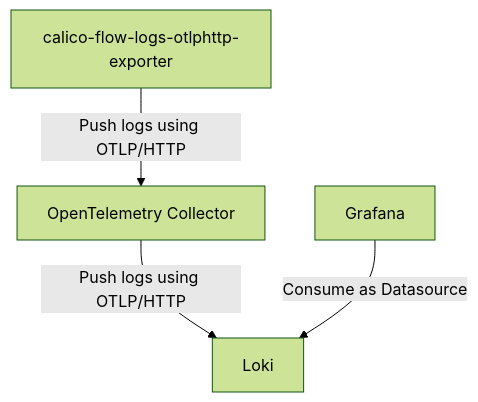
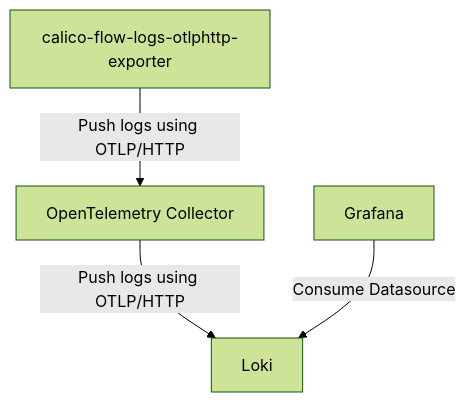
Before and after one commit to FredrickB/calico-flow-logs-otlphttp-exporter: the diagram in README.md, drawn with Mermaid (forest theme).

Commit message:
docs: tweak mermaid diagram

````diff
--- a/README.md
+++ b/README.md
@@ -105,10 +105,10 @@
 ```mermaid
 graph TB
     exporter[calico-flow-logs-otlphttp-exporter]
     otel-collector[OpenTelemetry Collector]
     loki[Loki]
     grafana[Grafana]
     exporter-->|Push logs using OTLP/HTTP|otel-collector
     otel-collector-->|Push logs using OTLP/HTTP|loki
-    grafana-->|Consume as Datasource|loki
+    grafana-->|Consume Datasource|loki
 ```
````
